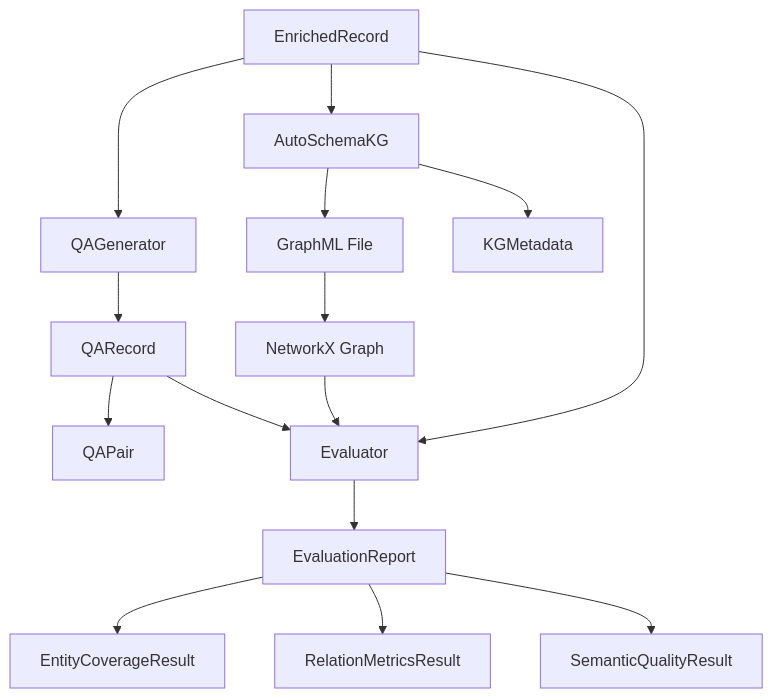
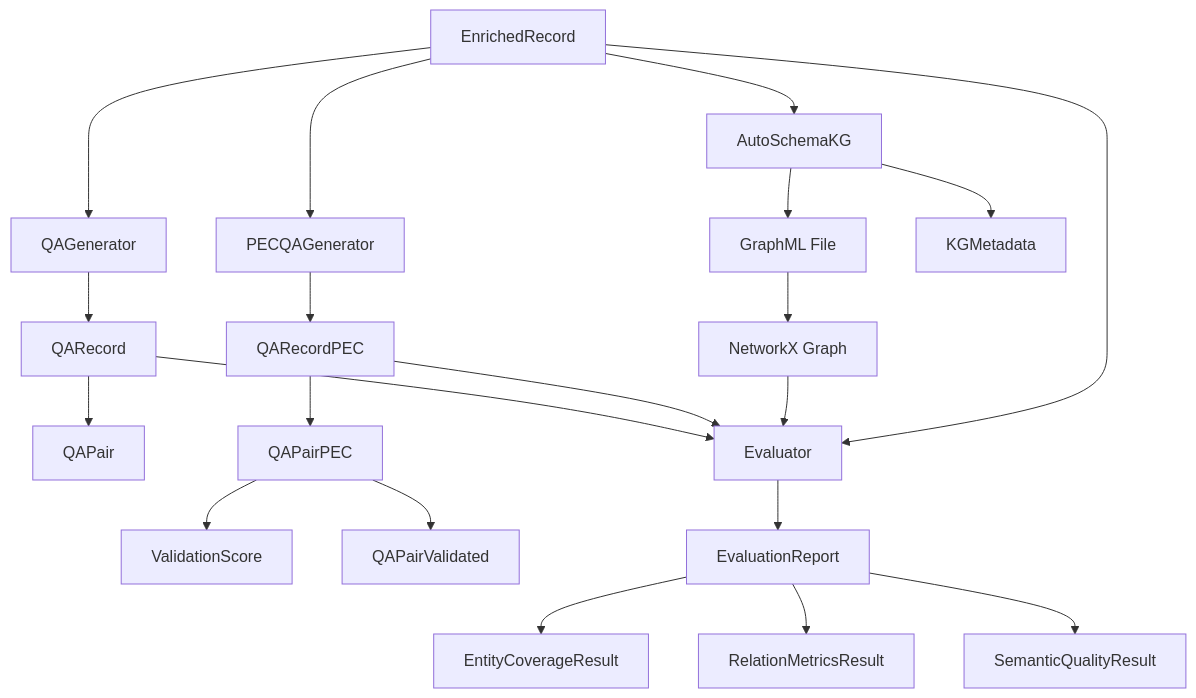
One commit to FredDsR/arandu changed the diagram in docs/development/schemas.md. Above: the diagram before and after it, drawn with Mermaid. The commit also changed other lines of this file and 3 other files, not shown here.

````diff
--- a/docs/development/schemas.md
+++ b/docs/development/schemas.md
@@ -672,20 +932,27 @@
 ```mermaid
 graph TD
     A[EnrichedRecord] --> B[QAGenerator]
     B --> C[QARecord]
     C --> D[QAPair]
+
+    A --> P[PECQAGenerator]
+    P --> Q[QARecordPEC]
+    Q --> R[QAPairPEC]
+    R --> S[ValidationScore]
+    R --> T[QAPairValidated]
 
     A --> E[AutoSchemaKG]
     E --> F[GraphML File]
     E --> G[KGMetadata]
 
     F --> H[NetworkX Graph]
 
     C --> I[Evaluator]
+    Q --> I
     H --> I
     A --> I
     I --> J[EvaluationReport]
     J --> K[EntityCoverageResult]
     J --> L[RelationMetricsResult]
     J --> M[SemanticQualityResult]
 ```
````
